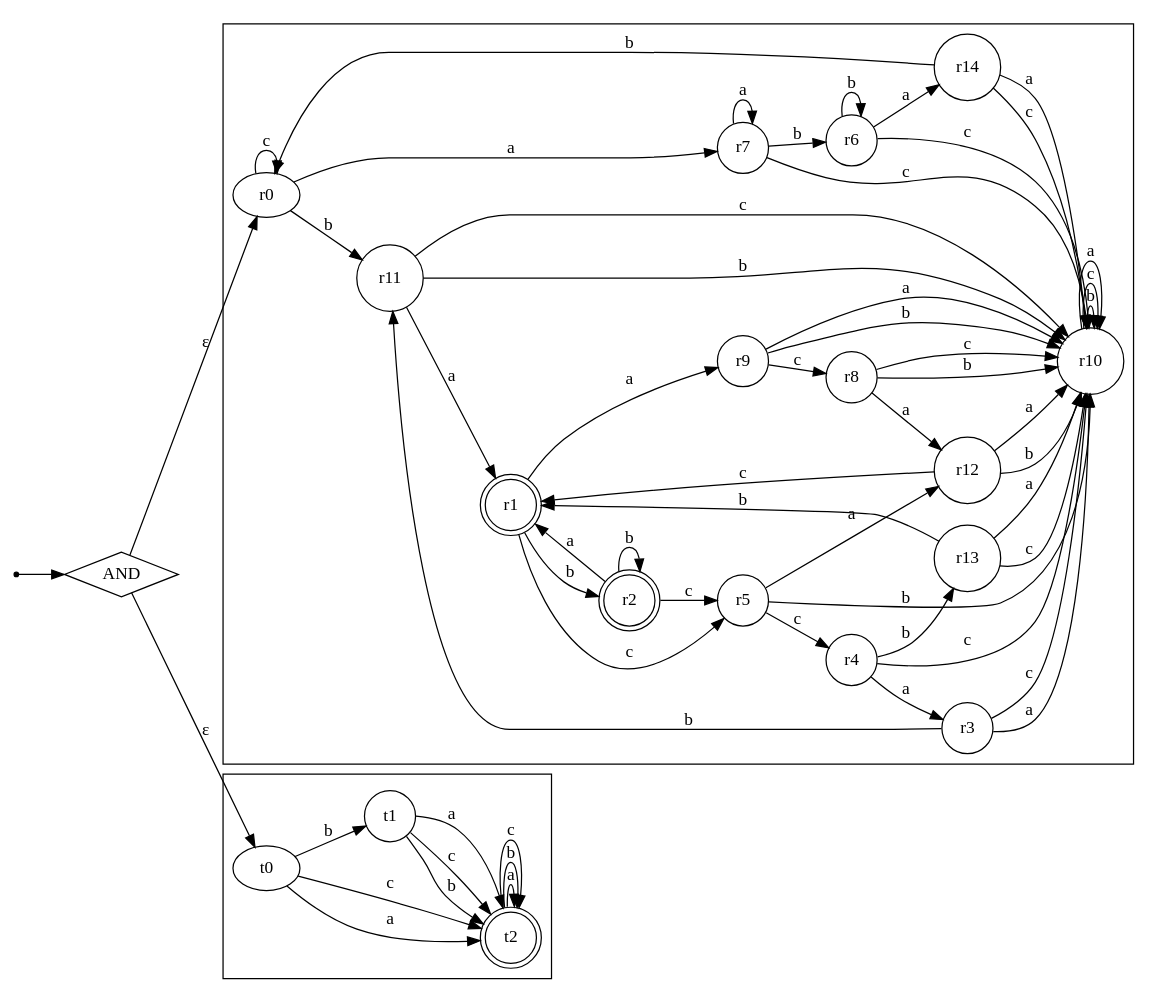
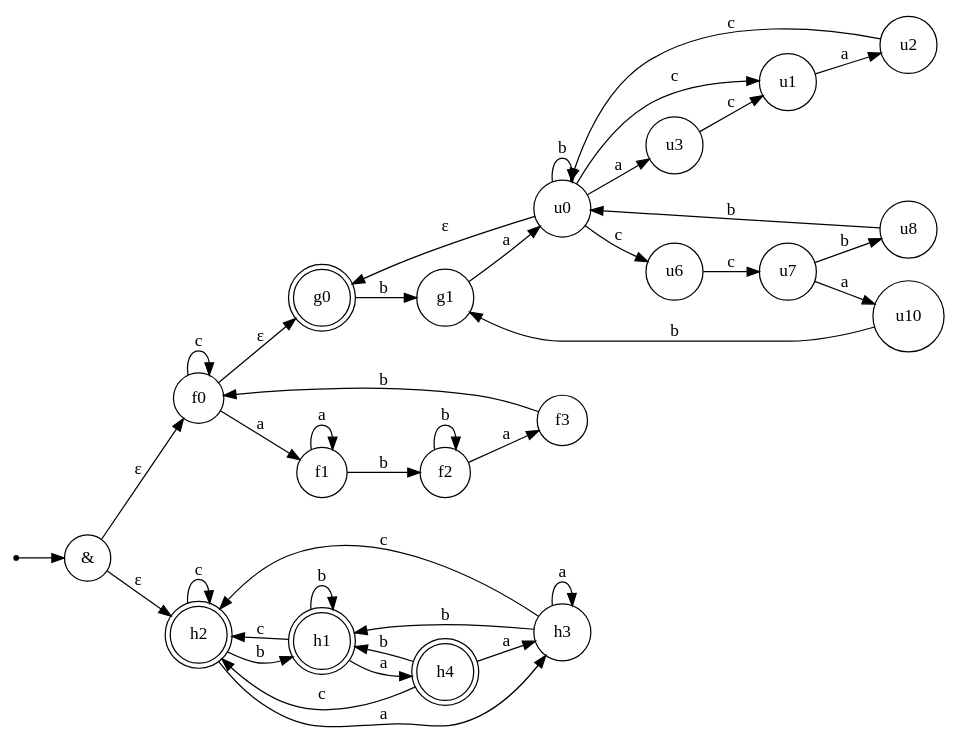
Before and after one commit to grilzzz/tfl: the diagram in lab2/pka.dot, drawn with Graphviz. The commit also changed 1 other file, not shown here.

```diff
--- a/lab2/pka.dot
+++ b/lab2/pka.dot
@@ -1,101 +1,88 @@
-digraph PKA {
+digraph NFA {
     rankdir=LR;
+    node [shape=circle];
 
-    // Global start and conjunctive state
     start [shape=point];
-    AND [shape=diamond, label="AND"];
-    start -> AND;
 
-    // Epsilon-split into two DFAs
-    AND -> r0 [label="ε"];
-    AND -> t0 [label="ε"];
+    amp [label="&"];
 
-    // First component: minimal DFA for (aa*bb*ab | c*)*(ba(b | (c | ac)ac | cc(bb | aba))*)*
-    subgraph cluster_regex {
-        
-        node [shape=doublecircle]; r0 r1 r2;
-        node [shape=circle];
+    start -> amp;
 
-        r0 -> r11 [label="b"];
-        r0 -> r0  [label="c"];
-        r0 -> r7  [label="a"];
+    amp -> f0 [label="ε"];  
 
-        r1 -> r2  [label="b"];
-        r1 -> r5  [label="c"];
-        r1 -> r9  [label="a"];
+    f0 [label="f0"];
+    f1 [label="f1"];
+    f2 [label="f2"];
+    f3 [label="f3"];
 
-        r2 -> r2  [label="b"];
-        r2 -> r5  [label="c"];
-        r2 -> r1  [label="a"];
+    f0 -> f0 [label="c"];
 
-        r3 -> r11 [label="b"];
-        r3 -> r10 [label="c"];
-        r3 -> r10 [label="a"];
+    f0 -> f1 [label="a"];   
+    f1 -> f1 [label="a"];  
+    f1 -> f2 [label="b"];     
+    f2 -> f2 [label="b"];   
+    f2 -> f3 [label="a"];  
+    f3 -> f0 [label="b"];    
+    
+    f0 -> g0 [label="ε"];
 
-        r4 -> r13 [label="b"];
-        r4 -> r10 [label="c"];
-        r4 -> r3  [label="a"];
+    g0 [shape=doublecircle, label="g0"];
+    g1 [label="g1"];
 
-        r5 -> r10 [label="b"];
-        r5 -> r4  [label="c"];
-        r5 -> r12 [label="a"];
+    g0 -> g1 [label="b"];
+    g1 -> u0 [label="a"];
 
-        r6 -> r6  [label="b"];
-        r6 -> r10 [label="c"];
-        r6 -> r14 [label="a"];
+    u0  [label="u0"];
+    u1  [label="u1"];
+    u2  [label="u2"];
+    u3  [label="u3"];
+    u6  [label="u6"];
+    u7  [label="u7"]; 
+    u8  [label="u8"];
+    u10 [label="u10"];
 
-        r7 -> r6  [label="b"];
-        r7 -> r10 [label="c"];
-        r7 -> r7  [label="a"];
+    u0 -> g0 [label="ε"];
 
-        r8 -> r10 [label="b"];
-        r8 -> r10 [label="c"];
-        r8 -> r12 [label="a"];
+    u0 -> u0 [label="b"];
 
-        r9 -> r10 [label="b"];
-        r9 -> r8  [label="c"];
-        r9 -> r10 [label="a"];
+    u0 -> u1 [label="c"];
+    u1 -> u2 [label="a"];
+    u2 -> u0 [label="c"];
 
-        // r10 is the dead/sink state
-        r10 -> r10 [label="b"];
-        r10 -> r10 [label="c"];
-        r10 -> r10 [label="a"];
+    u0 -> u3 [label="a"];
+    u3 -> u1 [label="c"];  
 
-        r11 -> r10 [label="b"];
-        r11 -> r10 [label="c"];
-        r11 -> r1  [label="a"];
+    u0 -> u6 [label="c"];  
+    u6 -> u7 [label="c"]; 
 
-        r12 -> r10 [label="b"];
-        r12 -> r1  [label="c"];
-        r12 -> r10 [label="a"];
+    u7 -> u8  [label="b"];
+    u8 -> u0  [label="b"];
 
-        r13 -> r1  [label="b"];
-        r13 -> r10 [label="c"];
-        r13 -> r10 [label="a"];
+    u7  -> u10 [label="a"];
+    u10 -> g1 [label="b"];
 
-        r14 -> r0  [label="b"];
-        r14 -> r10 [label="c"];
-        r14 -> r10 [label="a"];
-    }
 
-    subgraph cluster_filter {
+    amp -> h2 [label="ε"];  
 
-        node [shape=doublecircle]; t0 t2;
-        node [shape=circle];
+    h1 [shape=doublecircle, label="h1"];
+    h2 [shape=doublecircle, label="h2"];
+    h3 [label="h3"];
+    h4 [shape=doublecircle, label="h4"];
 
-        // t0: start, accepting, so ε (empty word) allowed; only "b" alone is rejected.
-        t0 -> t1 [label="b"];
-        t0 -> t2 [label="a"];
-        t0 -> t2 [label="c"];
 
-        // t1: we have read exactly "b" so far (non-accepting)
-        t1 -> t2 [label="a"];
-        t1 -> t2 [label="b"];
-        t1 -> t2 [label="c"];
+    h1 -> h4 [label="a"];   
+    h1 -> h1 [label="b"];
+    h1 -> h2 [label="c"];
 
-        // t2: any other word (length ≥1 and != "b"), accepting sink
-        t2 -> t2 [label="a"];
-        t2 -> t2 [label="b"];
-        t2 -> t2 [label="c"];
-    }
+    h2 -> h3 [label="a"];    
+    h2 -> h1 [label="b"];
+    h2 -> h2 [label="c"];
+
+    h3 -> h3 [label="a"];
+    h3 -> h1 [label="b"];
+    h3 -> h2 [label="c"];
+
+    h4 -> h3 [label="a"];   
+    h4 -> h1 [label="b"];
+    h4 -> h2 [label="c"];
 }
```
